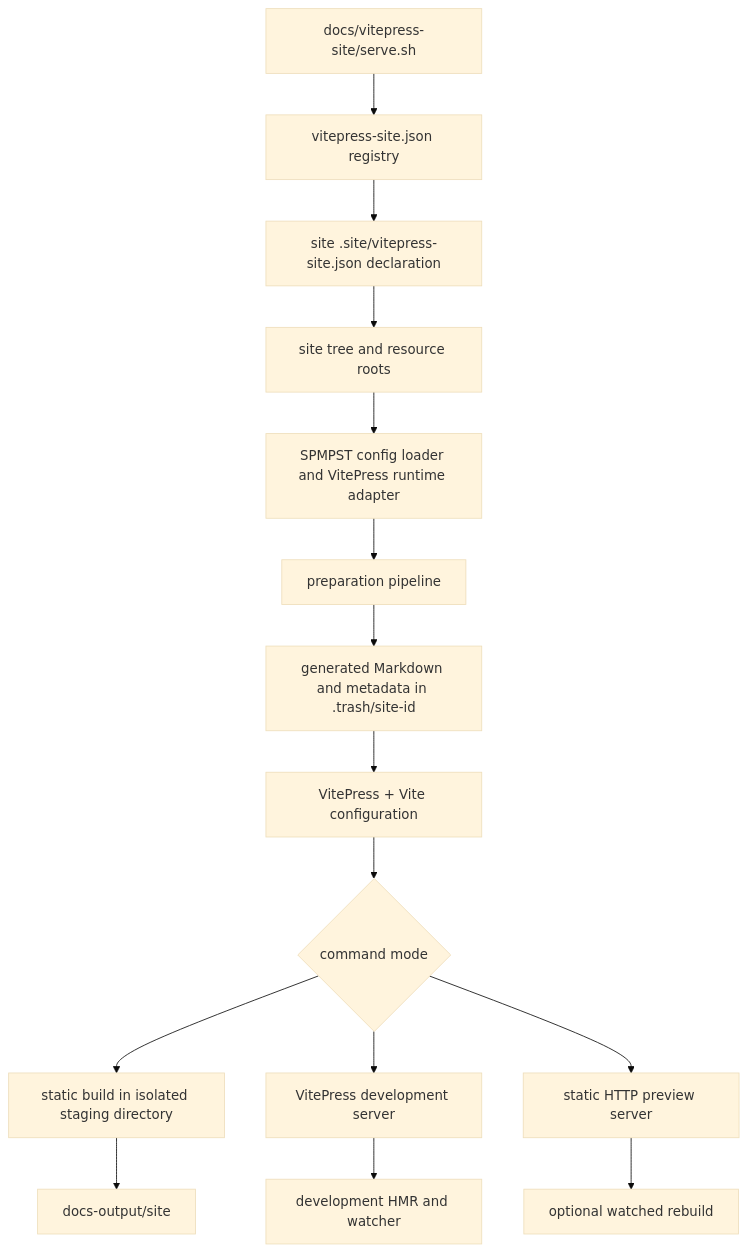
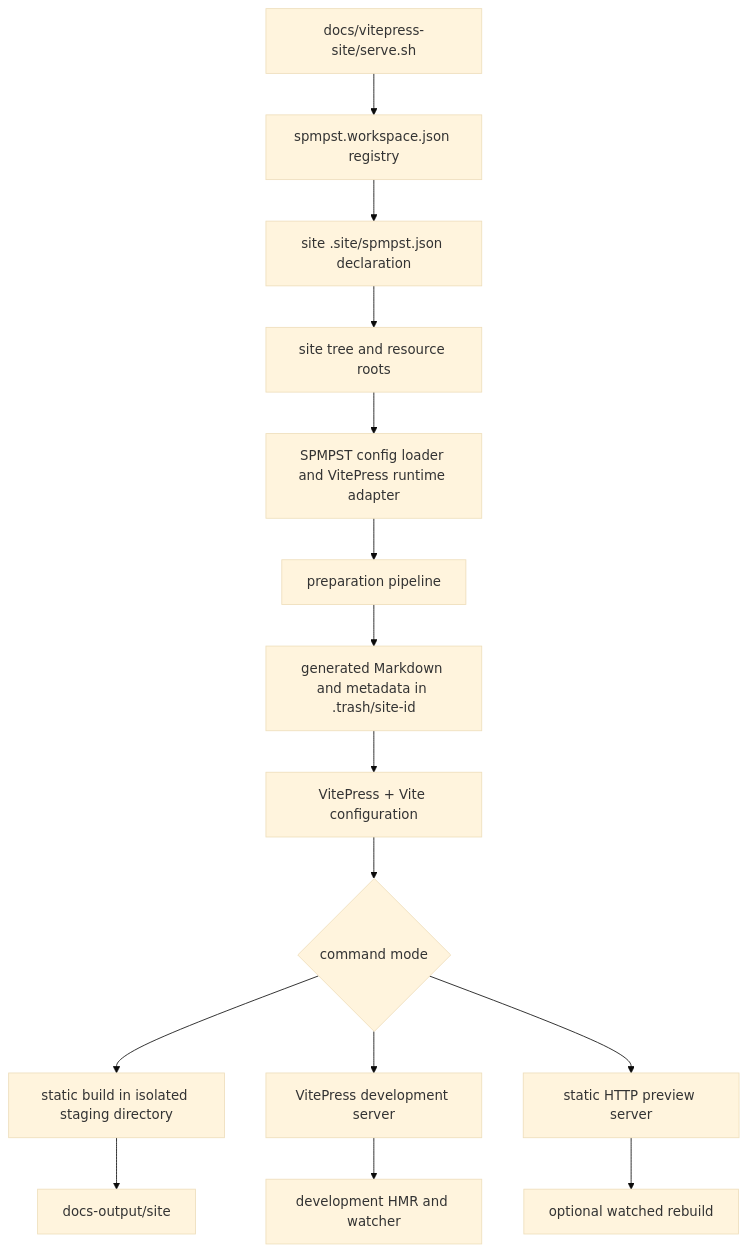
Before and after one commit to emyassine/base-feluka: the diagram in docs/vitepress-site/MECHANISM.en.md, drawn with Mermaid (base theme). The commit also changed other lines of this file and 168 other files, not shown here.

````diff
--- a/docs/vitepress-site/MECHANISM.en.md
+++ b/docs/vitepress-site/MECHANISM.en.md
@@ -13,17 +13,17 @@
 ```mermaid
 flowchart TD
-    A[docs/vitepress-site/serve.sh] --> B[vitepress-site.json registry]
-    B --> C[site .site/vitepress-site.json declaration]
+    A[docs/vitepress-site/serve.sh] --> B[spmpst.workspace.json registry]
+    B --> C[site .site/spmpst.json declaration]
     C --> D[site tree and resource roots]
     D --> E[SPMPST config loader and VitePress runtime adapter]
     E --> F[preparation pipeline]
     F --> G[generated Markdown and metadata in .trash/site-id]
     G --> H[VitePress + Vite configuration]
     H --> I{command mode}
     I --> J[static build in isolated staging directory]
     I --> K[VitePress development server]
     I --> L[static HTTP preview server]
     J --> M[docs-output/site]
     K --> N[development HMR and watcher]
     L --> O[optional watched rebuild]
 ```
````
